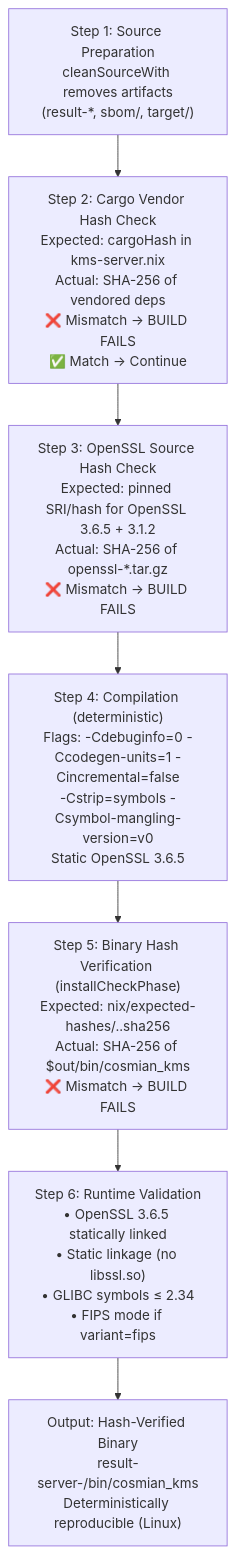
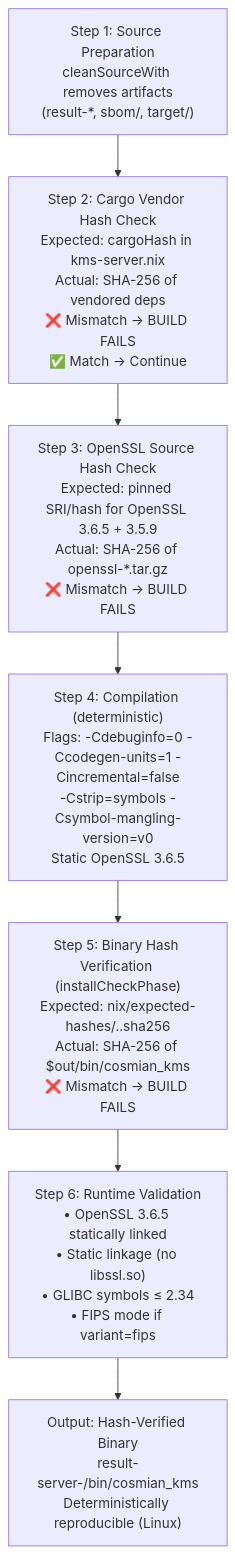
Before and after one commit to Cosmian/kms: the third of 11 diagrams in nix/README.md, drawn with Mermaid. The commit also changed other lines of this file and 15 other files, not shown here.

First line of the commit message:
build: bump OpenSSL FIPS provider to 3.5.9 in build.rs and Nix

````diff
--- a/nix/README.md
+++ b/nix/README.md
@@ -328,11 +328,11 @@
 ```mermaid
 flowchart TB
     s1["Step 1: Source Preparation<br/>cleanSourceWith removes artifacts<br/>(result-*, sbom/, target/)"]
     s2["Step 2: Cargo Vendor Hash Check<br/>Expected: cargoHash in kms-server.nix<br/>Actual: SHA-256 of vendored deps<br/>❌ Mismatch → BUILD FAILS<br/>✅ Match → Continue"]
-    s3["Step 3: OpenSSL Source Hash Check<br/>Expected: pinned SRI/hash for OpenSSL 3.6.5 + 3.1.2<br/>Actual: SHA-256 of openssl-*.tar.gz<br/>❌ Mismatch → BUILD FAILS"]
+    s3["Step 3: OpenSSL Source Hash Check<br/>Expected: pinned SRI/hash for OpenSSL 3.6.5 + 3.5.9<br/>Actual: SHA-256 of openssl-*.tar.gz<br/>❌ Mismatch → BUILD FAILS"]
     s4["Step 4: Compilation (deterministic)<br/>Flags: -Cdebuginfo=0 -Ccodegen-units=1 -Cincremental=false<br/>-Cstrip=symbols -Csymbol-mangling-version=v0<br/>Static OpenSSL 3.6.5"]
     s5["Step 5: Binary Hash Verification (installCheckPhase)<br/>Expected: nix/expected-hashes/<variant>.<system>.sha256<br/>Actual: SHA-256 of $out/bin/cosmian_kms<br/>❌ Mismatch → BUILD FAILS"]
     s6["Step 6: Runtime Validation<br/>• OpenSSL 3.6.5 statically linked<br/>• Static linkage (no libssl.so)<br/>• GLIBC symbols ≤ 2.34<br/>• FIPS mode if variant=fips"]
     out["Output: Hash-Verified Binary<br/>result-server-<variant>/bin/cosmian_kms<br/>Deterministically reproducible (Linux)"]
     s1 --> s2 --> s3 --> s4 --> s5 --> s6 --> out
 ```
````
